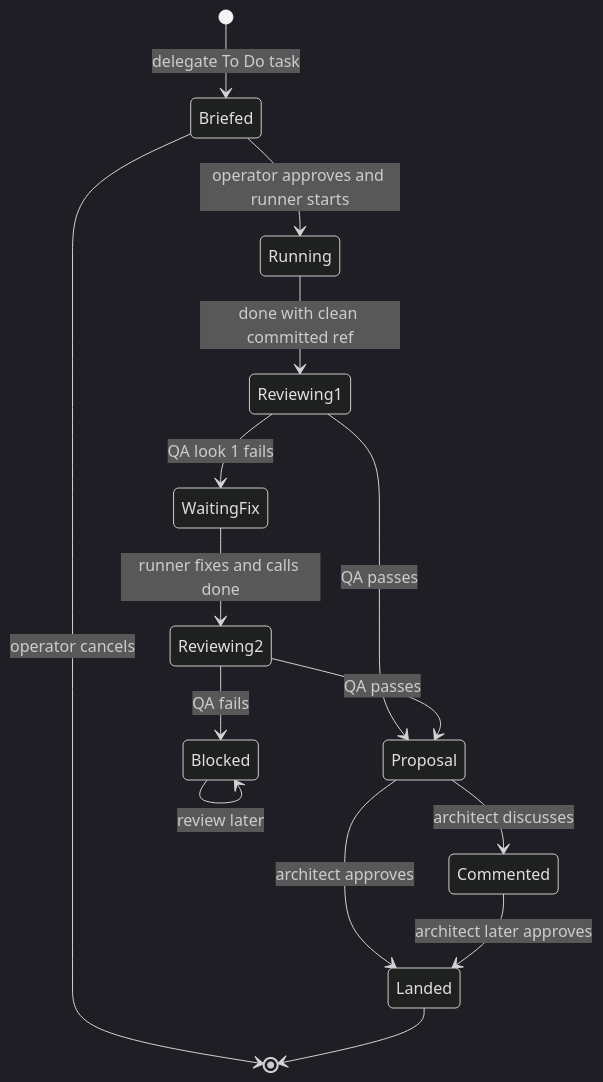
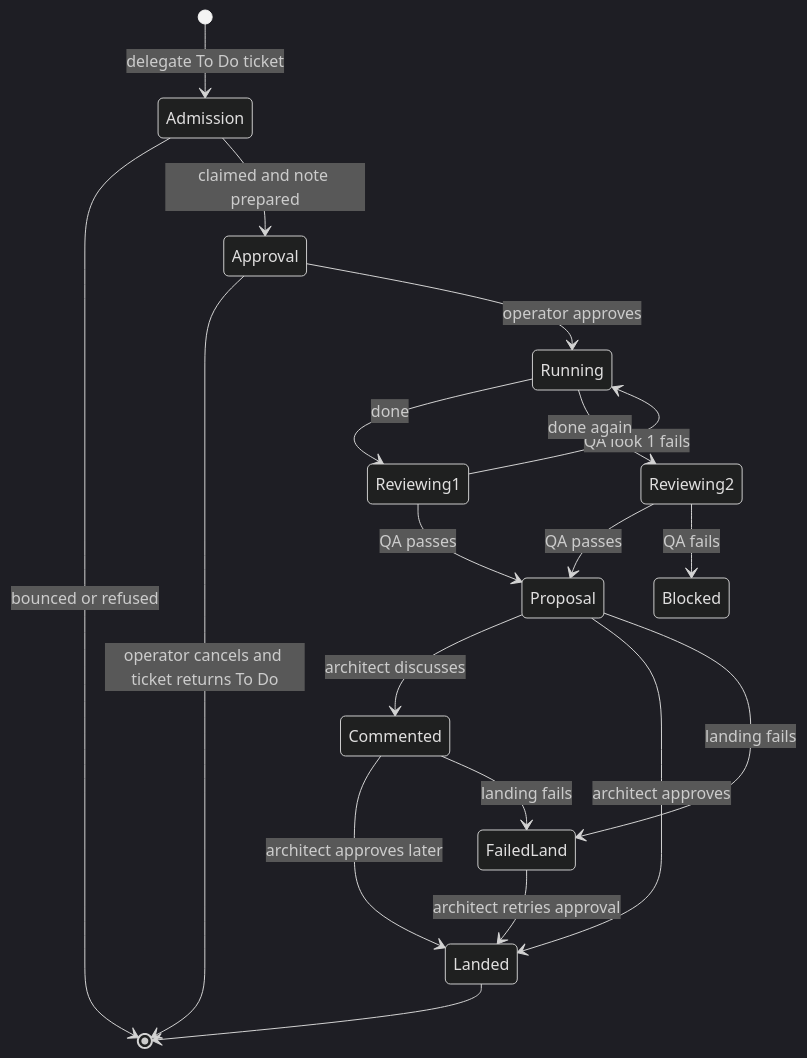
One commit to hypermemetic-ai/qq changed the diagram in openwiki/workflows/workshops.md. Above: the diagram before and after it, drawn with Mermaid (dark theme). The commit also changed other lines of this file and 14 other files, not shown here.

````diff
--- a/openwiki/workflows/workshops.md
+++ b/openwiki/workflows/workshops.md
@@ -33,17 +32,21 @@
 ```mermaid
 stateDiagram-v2
-    [*] --> Briefed: delegate To Do task
-    Briefed --> [*]: operator cancels
-    Briefed --> Running: operator approves and runner starts
-    Running --> Reviewing1: done with clean committed ref
-    Reviewing1 --> WaitingFix: QA look 1 fails
-    WaitingFix --> Reviewing2: runner fixes and calls done
+    [*] --> Admission: delegate To Do ticket
+    Admission --> [*]: bounced or refused
+    Admission --> Approval: claimed and note prepared
+    Approval --> [*]: operator cancels and ticket returns To Do
+    Approval --> Running: operator approves
+    Running --> Reviewing1: done
+    Reviewing1 --> Running: QA look 1 fails
     Reviewing1 --> Proposal: QA passes
+    Running --> Reviewing2: done again
     Reviewing2 --> Proposal: QA passes
     Reviewing2 --> Blocked: QA fails
     Proposal --> Commented: architect discusses
     Proposal --> Landed: architect approves
-    Commented --> Landed: architect later approves
-    Blocked --> Blocked: review later
+    Commented --> Landed: architect approves later
+    Proposal --> FailedLand: landing fails
+    Commented --> FailedLand: landing fails
+    FailedLand --> Landed: architect retries approval
     Landed --> [*]
 ```
````
